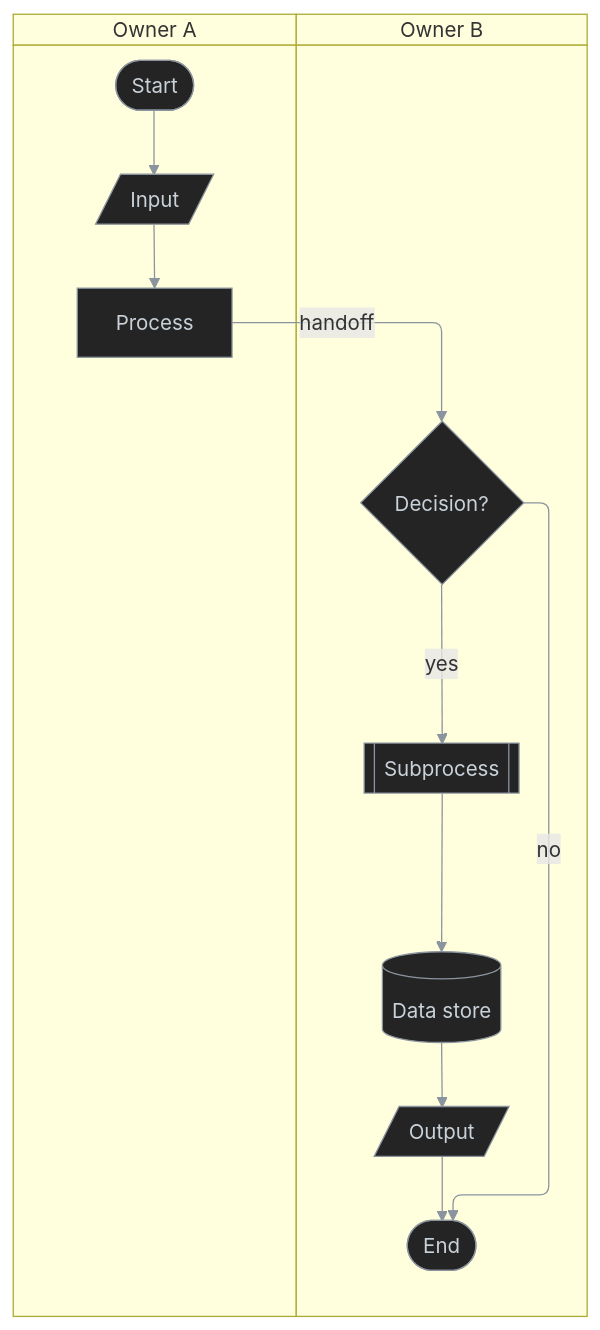
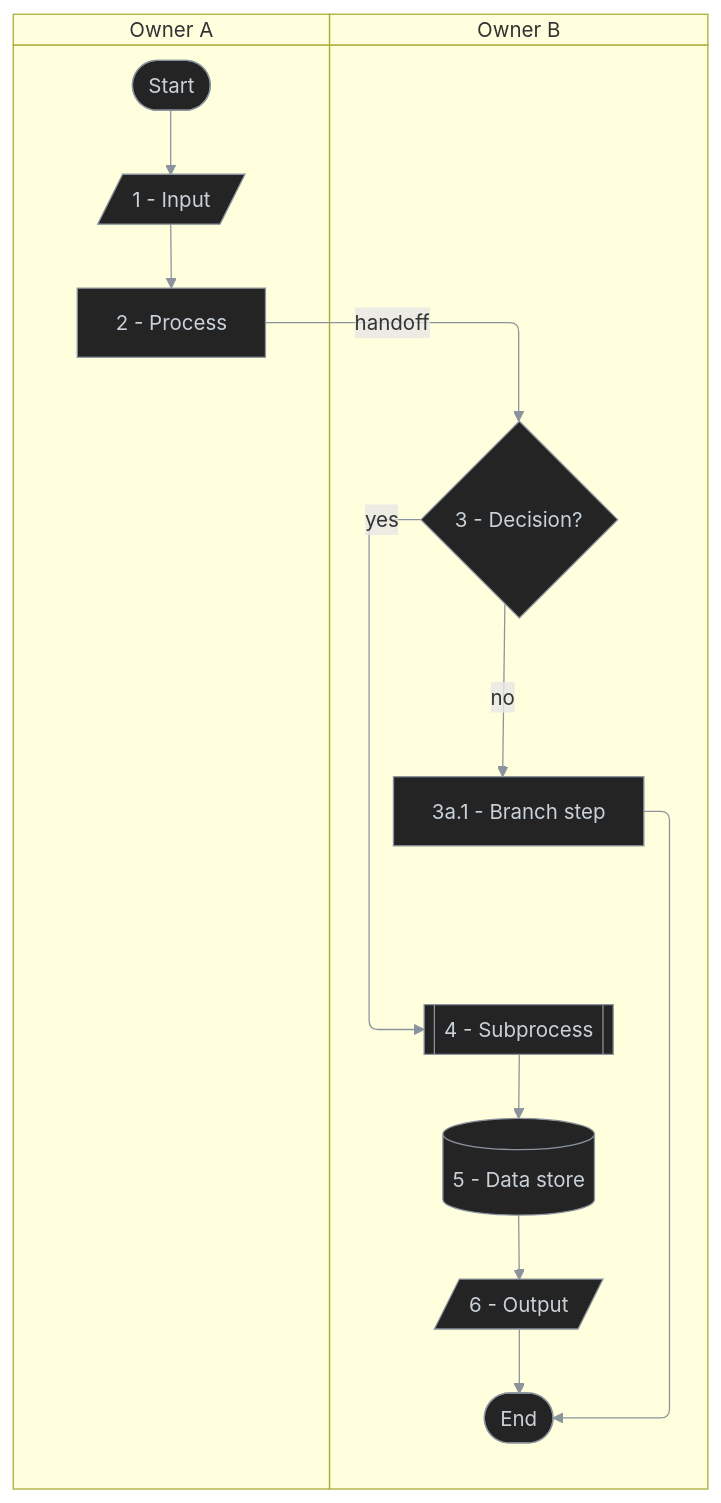
One commit to antshc/brain changed the fifth of 5 diagrams in plugins/wf/skills/doc-behavior-diagram/templates/swimlane-diagram-template.md. Above: the diagram before and after it, drawn with Mermaid. The commit also changed other lines of this file and 5 other files, not shown here.

Commit message:
Add Mermaid diagram templates and validation script with step numbering rules

````diff
--- a/plugins/wf/skills/doc-behavior-diagram/templates/swimlane-diagram-template.md
+++ b/plugins/wf/skills/doc-behavior-diagram/templates/swimlane-diagram-template.md
@@ -145,27 +145,28 @@
 ```mermaid
 %%{init: {'themeVariables': {'lineColor': '#8b949e'}}}%%
 %% diagram-id: {{diagramId}}
 swimlane-beta TB
   accTitle: Process responsibility
   accDescr: Shows responsibility handoffs in the process.
 
   subgraph ownerA [Owner A]
     start([Start])
-    input[/Input/]
-    stepA[Process]
+    input[/1 - Input/]
+    stepA[2 - Process]
   end
 
   subgraph ownerB [Owner B]
-    decision{Decision?}
-    child[[Subprocess]]
-    store[(Data store)]
-    output[/Output/]
+    decision{3 - Decision?}
+    child[[4 - Subprocess]]
+    store[(5 - Data store)]
+    output[/6 - Output/]
+    branchStep[3a.1 - Branch step]
     endNode([End])
   end
 
   start --> input --> stepA -->|handoff| decision
   decision -->|yes| child --> store --> output --> endNode
-  decision -->|no| endNode
+  decision -->|no| branchStep --> endNode
 
   classDef default fill:#242424,stroke:#8b949e,color:#c9d1d9,stroke-width:1px
 ```
````
